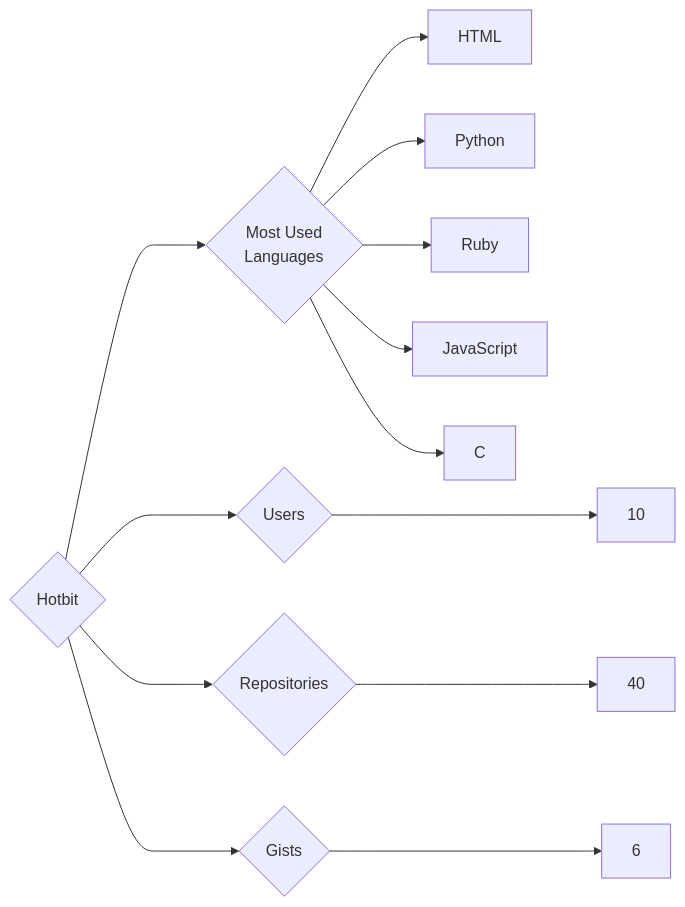
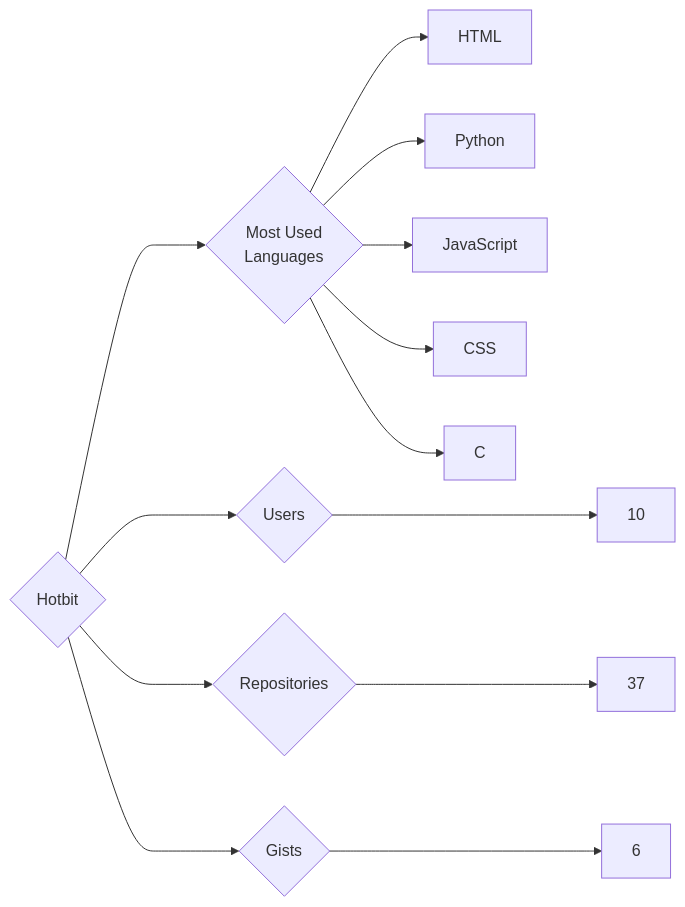
Before and after one commit to trickest/insiders: the diagram in targets/Hotbit/README.md, drawn with Mermaid. The commit also changed 880 other files, not shown here.

````diff
--- a/targets/Hotbit/README.md
+++ b/targets/Hotbit/README.md
@@ -3,13 +3,13 @@
 ```mermaid
 graph LR
 COMPANY_NAME{Hotbit}
 COMPANY_NAME ---> U{Users} ---> UN[10]
-COMPANY_NAME ---> R{Repositories} ---> RN[40]
+COMPANY_NAME ---> R{Repositories} ---> RN[37]
 COMPANY_NAME ---> G{Gists} ---> GN[6]
 COMPANY_NAME ---> ML{Most Used<br>Languages}
 ML --> HTML[HTML]
 ML --> Python[Python]
-ML --> Ruby[Ruby]
 ML --> JavaScript[JavaScript]
+ML --> CSS[CSS]
 ML --> C[C]
 ```
````
